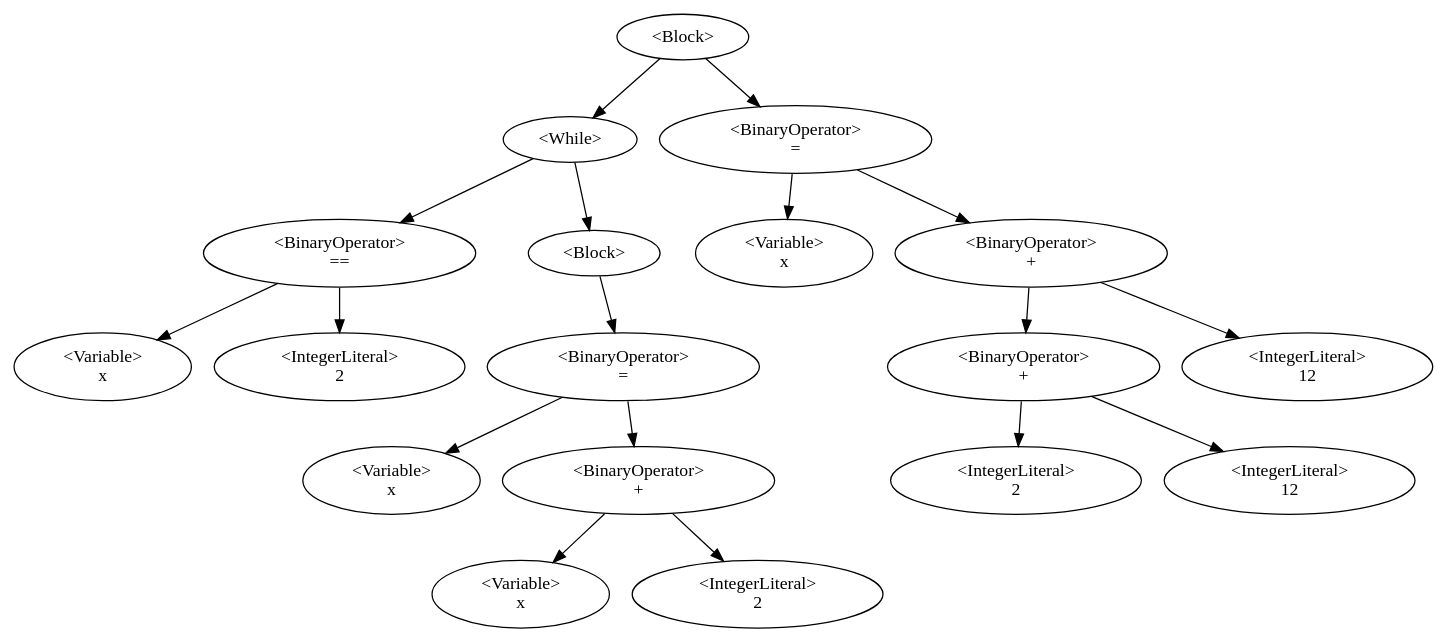
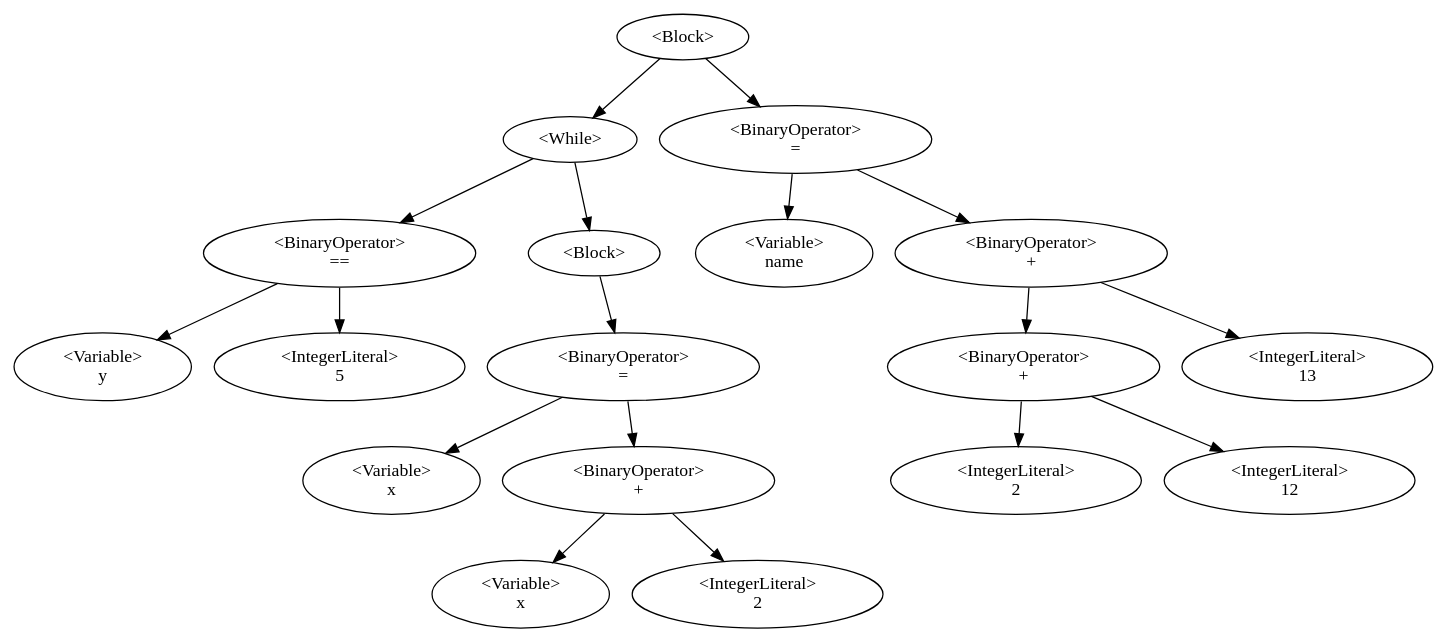
The diagram in Dino/Dino/AstDisplay.gv (QazmoQwerty/dino), drawn with Graphviz before and after one commit. The commit also changed 3 other files, not shown here.

```diff
--- a/Dino/Dino/AstDisplay.gv
+++ b/Dino/Dino/AstDisplay.gv
@@ -1,20 +1,20 @@
 digraph G {
 0 [label="<Block>"];0->1;0->12;
 1 [label="<While>"];1->3;1->5;
 3 [label="<BinaryOperator>\n=="];3->2;3->4;
-2 [label="<Variable>\nx"];
-4 [label="<IntegerLiteral>\n2"];
+2 [label="<Variable>\ny"];
+4 [label="<IntegerLiteral>\n5"];
 5 [label="<Block>"];5->7;
 7 [label="<BinaryOperator>\n="];7->6;7->9;
 6 [label="<Variable>\nx"];
 9 [label="<BinaryOperator>\n+"];9->8;9->10;
 8 [label="<Variable>\nx"];
 10 [label="<IntegerLiteral>\n2"];
 12 [label="<BinaryOperator>\n="];12->11;12->16;
-11 [label="<Variable>\nx"];
+11 [label="<Variable>\nname"];
 16 [label="<BinaryOperator>\n+"];16->14;16->17;
 14 [label="<BinaryOperator>\n+"];14->13;14->15;
 13 [label="<IntegerLiteral>\n2"];
 15 [label="<IntegerLiteral>\n12"];
-17 [label="<IntegerLiteral>\n12"];
+17 [label="<IntegerLiteral>\n13"];
 }
```
